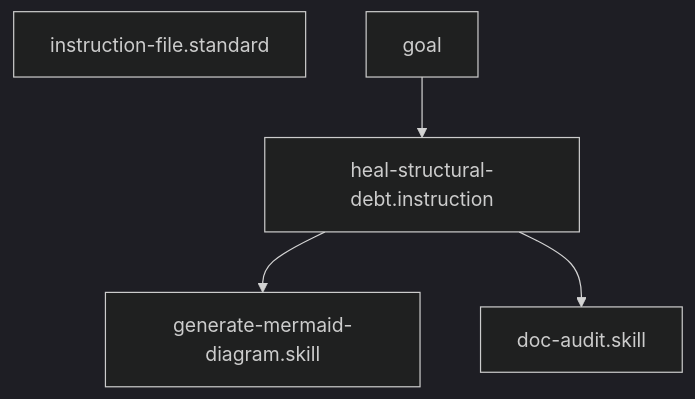
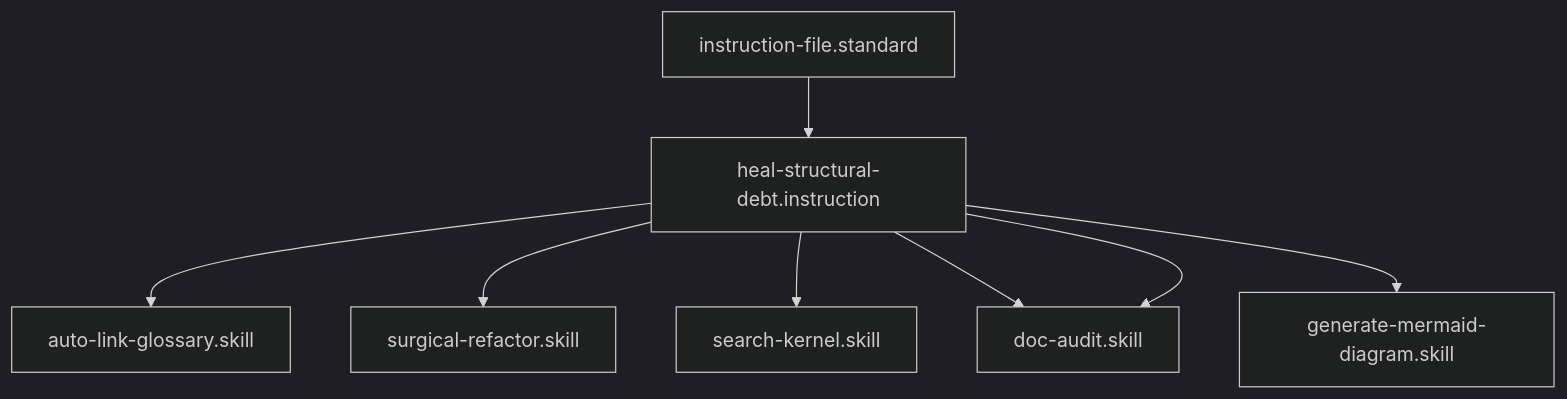
The diagram in instructions/heal-structural-debt.instruction.md (Gizmo4Life/ai-kernel), drawn with Mermaid (dark theme) before and after one commit. The commit also changed other lines of this file and 89 other files, not shown here.

````diff
--- a/instructions/heal-structural-debt.instruction.md
+++ b/instructions/heal-structural-debt.instruction.md
@@ -22,7 +22,10 @@
 ```mermaid
 graph TD
-    instruction-file.standard
-goal --> heal-structural-debt.instruction
+    instruction-file.standard --> heal-structural-debt.instruction
+    heal-structural-debt.instruction --> auto-link-glossary[auto-link-glossary.skill]
+    heal-structural-debt.instruction --> surgical-refactor[surgical-refactor.skill]
+    heal-structural-debt.instruction --> search-kernel[search-kernel.skill]
+    heal-structural-debt.instruction --> doc-audit[doc-audit.skill]
     heal-structural-debt.instruction --> generate-mermaid-diagram[generate-mermaid-diagram.skill]
     heal-structural-debt.instruction --> doc-audit[doc-audit.skill]
 ```
````
